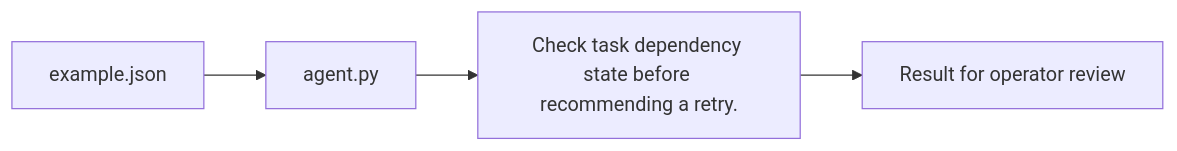
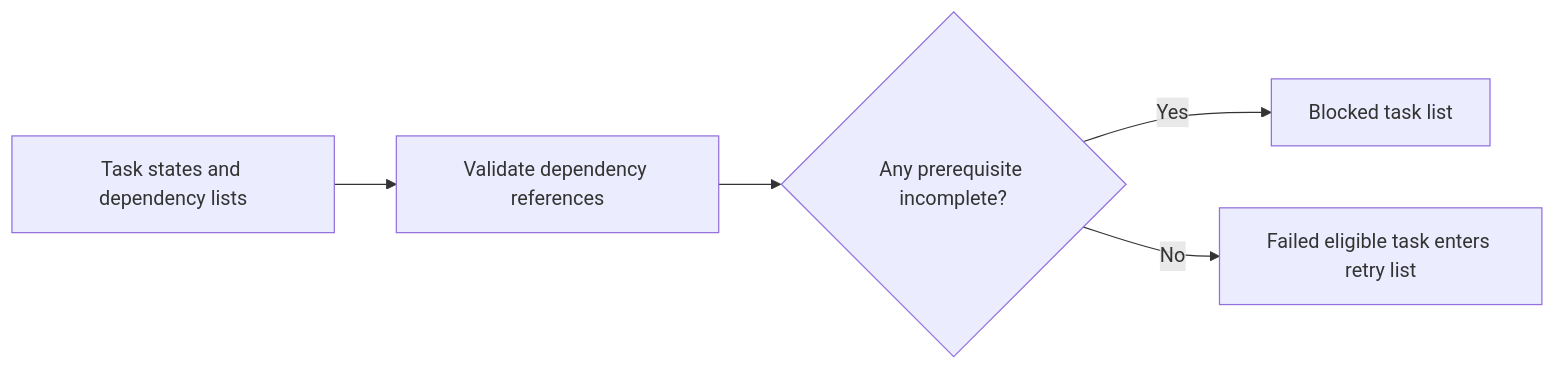
Before and after one commit to Klokesh493/adb-pipeline-agent: the diagram in docs/ARCHITECTURE.md, drawn with Mermaid. The commit also changed 1 other file, not shown here.

Commit message:
Show the project decision flow in its README

````diff
--- a/docs/ARCHITECTURE.md
+++ b/docs/ARCHITECTURE.md
@@ -5,8 +5,11 @@
 ```mermaid
 flowchart LR
-    N0["example.json"]
-    N1["agent.py"]
-    N2["Check task dependency state before recommending a retry."]
-    N3["Result for operator review"]
-    N0 --> N1 --> N2 --> N3
+    A["Task states and dependency lists"]
+    B["Validate dependency references"]
+    C{"Any prerequisite incomplete?"}
+    D["Blocked task list"]
+    E["Failed eligible task enters retry list"]
+    A --> B --> C
+    C -->|Yes| D
+    C -->|No| E
 ```
````
